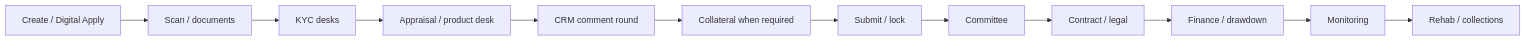
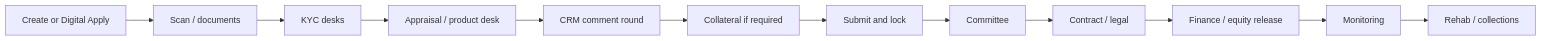
One commit to habenkiros/dbe_loan changed the diagram in README.md. Above: the diagram before and after it, drawn with Mermaid. The commit also changed other lines of this file and 68 other files, not shown here.

````diff
--- a/README.md
+++ b/README.md
@@ -225,14 +87,14 @@
 ```mermaid
 flowchart LR
-    A[Create / Digital Apply] --> B[Scan / documents]
+    A[Create or Digital Apply] --> B[Scan / documents]
     B --> C[KYC desks]
     C --> D[Appraisal / product desk]
     D --> E[CRM comment round]
-    E --> F[Collateral when required]
-    F --> G[Submit / lock]
+    E --> F[Collateral if required]
+    F --> G[Submit and lock]
     G --> H[Committee]
     H --> I[Contract / legal]
-    I --> J[Finance / drawdown]
+    I --> J[Finance / equity release]
     J --> K[Monitoring]
     K --> L[Rehab / collections]
 ```
````
